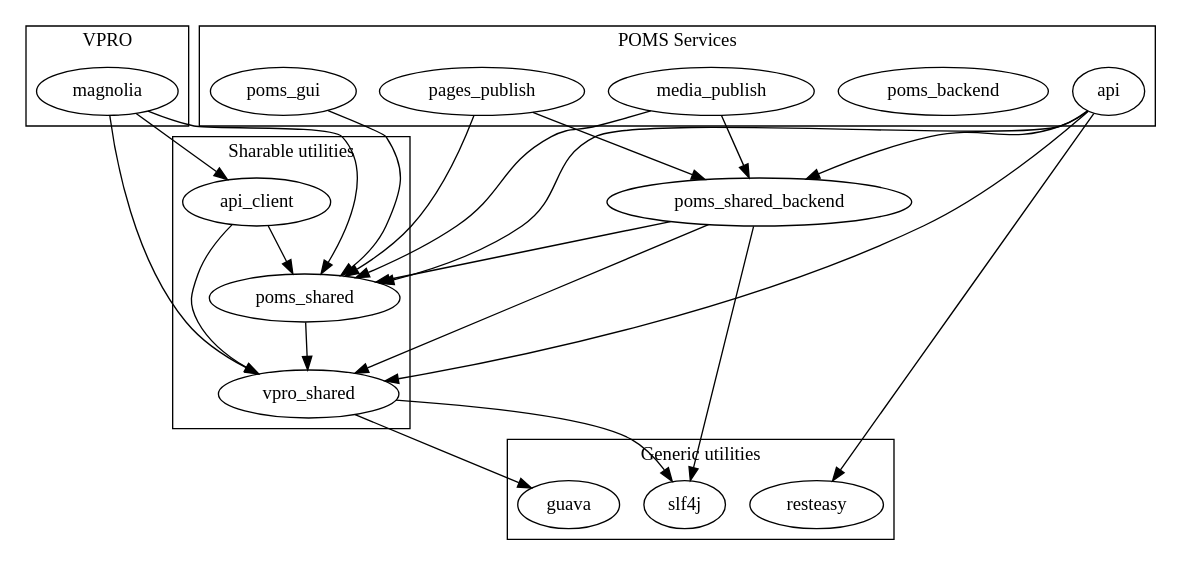
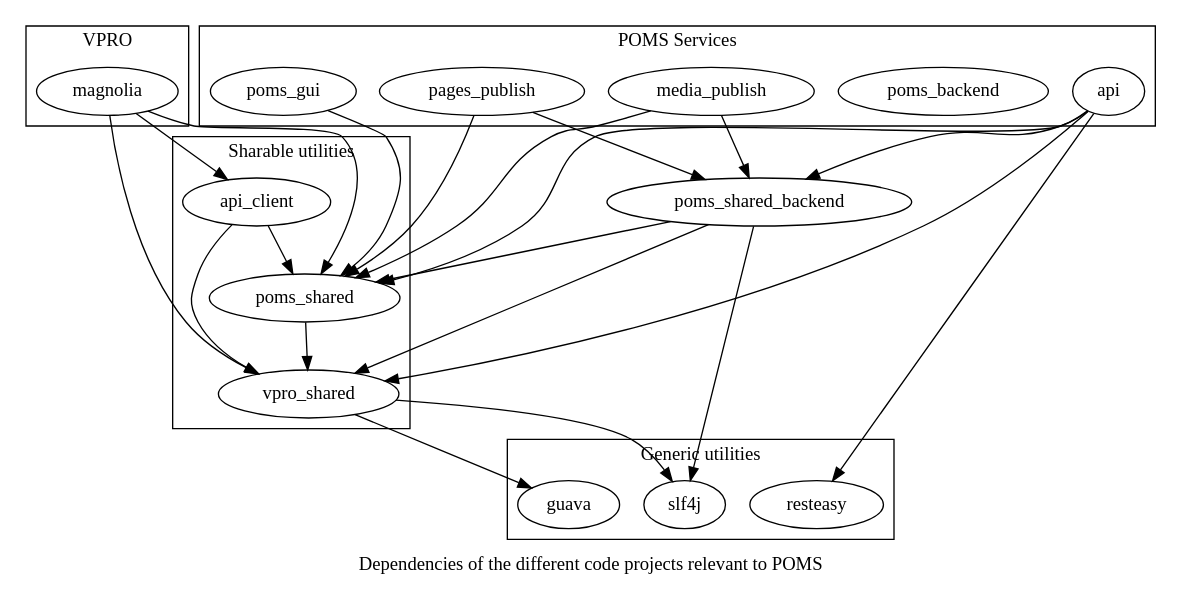
One commit to npo-poms/poms-parent changed the diagram in poms-dependencies.dot. Above: the diagram before and after it, drawn with Graphviz. The commit also changed 3 other files, not shown here.

```diff
--- a/poms-dependencies.dot
+++ b/poms-dependencies.dot
@@ -1,51 +1,51 @@
 digraph {
 
-
+    label="Dependencies of the different code projects relevant to POMS";
     subgraph cluster_0  {
         label="Generic utilities";
         slf4j; guava; resteasy;
     }
 
     subgraph cluster_1  {
         label="VPRO";
         magnolia;
     }
     subgraph cluster_2  {
         label="POMS Services";
         poms_gui; poms_backend; pages_publish; media_publish; api;
     }
 
     subgraph cluster_4  {
         label="Sharable utilities";
         api_client; vpro_shared; poms_shared;
     }
 
 
     vpro_shared -> { slf4j guava};
     poms_shared -> vpro_shared;
     poms_shared_backend -> vpro_shared;
     poms_shared_backend -> poms_shared;
     poms_shared_backend -> slf4j;
     poms_gui -> poms_shared;
 
     api -> poms_shared;
     api -> poms_shared_backend;
     api -> vpro_shared;
     api -> resteasy;
 
 
     pages_publish -> poms_shared_backend;
     pages_publish -> poms_shared;
 
     media_publish -> poms_shared;
     media_publish -> poms_shared_backend;
 
     api_client-> poms_shared;
     api_client-> vpro_shared;
 
     magnolia -> api_client;
     magnolia -> vpro_shared;
     magnolia -> poms_shared;
 
 
 }
```
